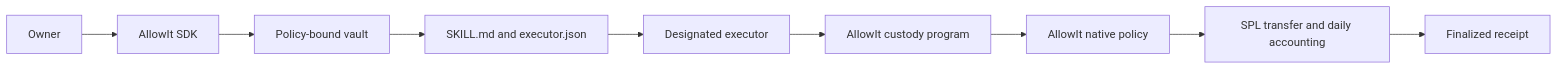
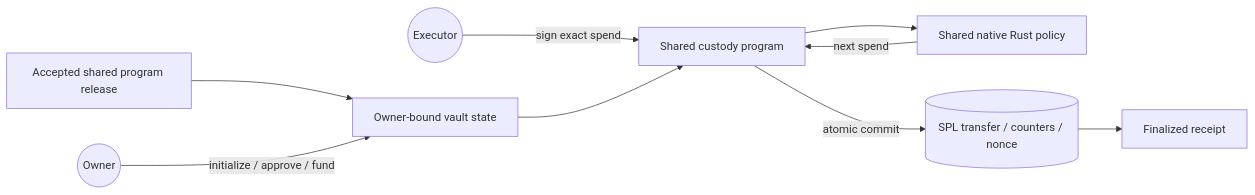
One commit to AllowIt-hq/Colosseum changed the second of 2 diagrams in docs/architecture.md. Above: the diagram before and after it, drawn with Mermaid. The commit also changed other lines of this file and 9 other files, not shown here.

Commit message:
docs: rewrite Colosseum report for native Rust architecture

````diff
--- a/docs/architecture.md
+++ b/docs/architecture.md
@@ -5,11 +53,11 @@
 ```mermaid
 flowchart LR
-    O[Owner] --> S[AllowIt SDK]
-    S --> V[Policy-bound vault]
-    V --> H[SKILL.md and executor.json]
-    H --> E[Designated executor]
-    E --> C[AllowIt custody program]
-    C --> P[AllowIt native policy]
-    P --> T[SPL transfer and daily accounting]
-    T --> R[Finalized receipt]
+    Release[Accepted shared program release] --> Instance[Owner-bound vault state]
+    Owner((Owner)) -->|initialize / approve / fund| Instance
+    Executor((Executor)) -->|sign exact spend| Custody[Shared custody program]
+    Instance --> Custody
+    Custody --> Policy[Shared native Rust policy]
+    Policy -->|next spend| Custody
+    Custody -->|atomic commit| State[(SPL transfer / counters / nonce)]
+    State --> Receipt[Finalized receipt]
 ```
````
